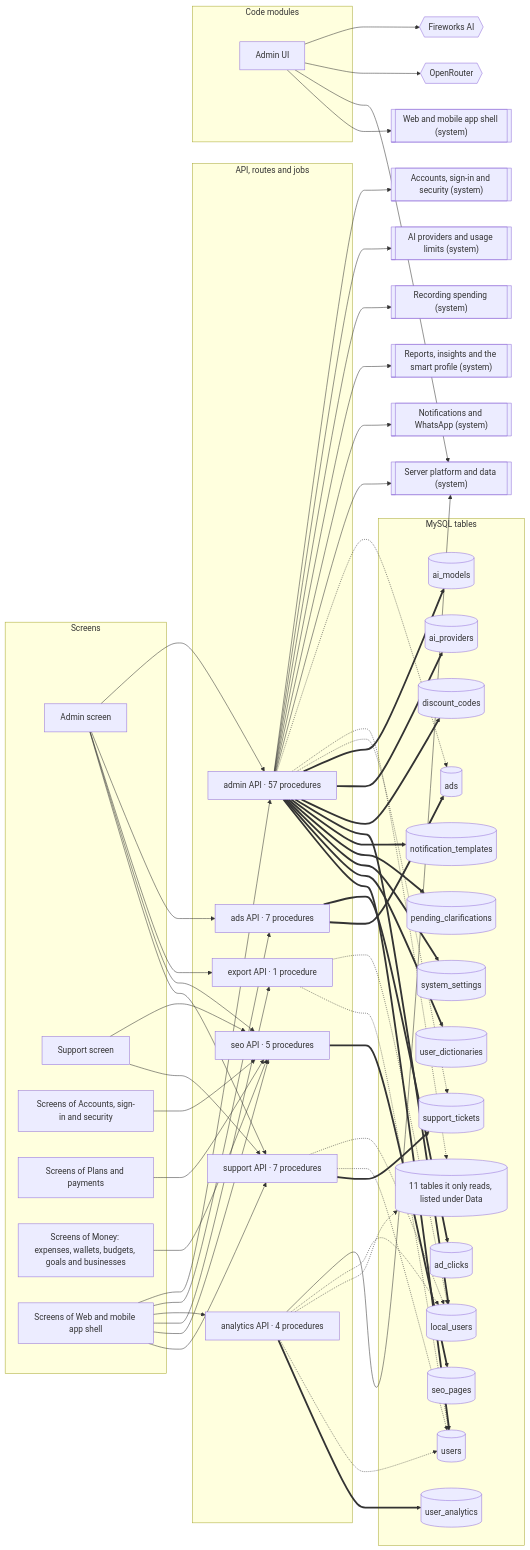
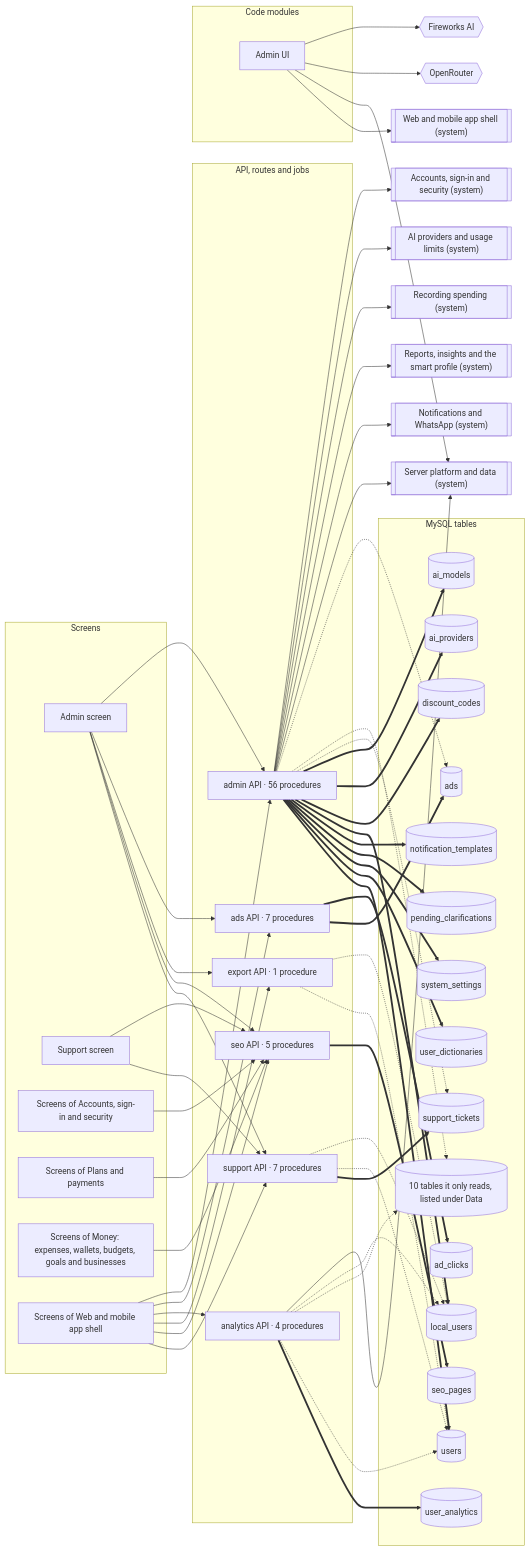
One commit to mahmoudtaherr111/smartspend_mini_all changed the diagram in docs/atlas/systems/admin.md. Above: the diagram before and after it, drawn with Mermaid. The commit also changed other lines of this file and 76 other files, not shown here.

```diff
--- a/docs/atlas/systems/admin.md
+++ b/docs/atlas/systems/admin.md
@@ -21,7 +21,7 @@
     screens_web_app["Screens of Web and mobile app shell"]
   end
   subgraph g_api["API, routes and jobs"]
-    router_admin["admin API · 57 procedures"]
+    router_admin["admin API · 56 procedures"]
     router_ads["ads API · 7 procedures"]
     router_analytics["analytics API · 4 procedures"]
     router_export["export API · 1 procedure"]
@@ -38,7 +38,7 @@
     tbl_ai_providers[("ai_providers")]
     tbl_discount_codes[("discount_codes")]
     tbl_local_users[("local_users")]
-    tbl_more[("11 tables it only reads, listed under Data")]
+    tbl_more[("10 tables it only reads, listed under Data")]
     tbl_notification_templates[("notification_templates")]
     tbl_pending_clarifications[("pending_clarifications")]
     tbl_seo_pages[("seo_pages")]
```
